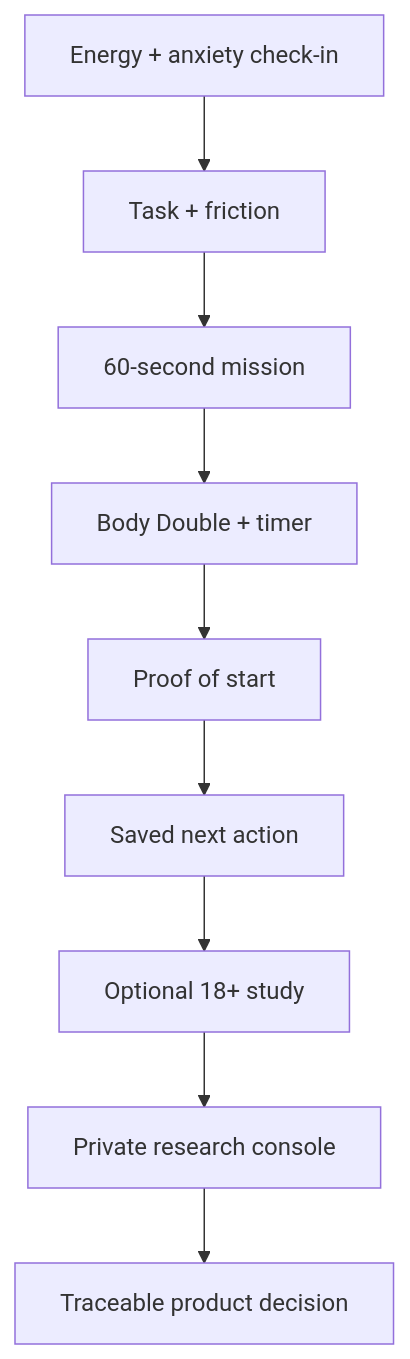
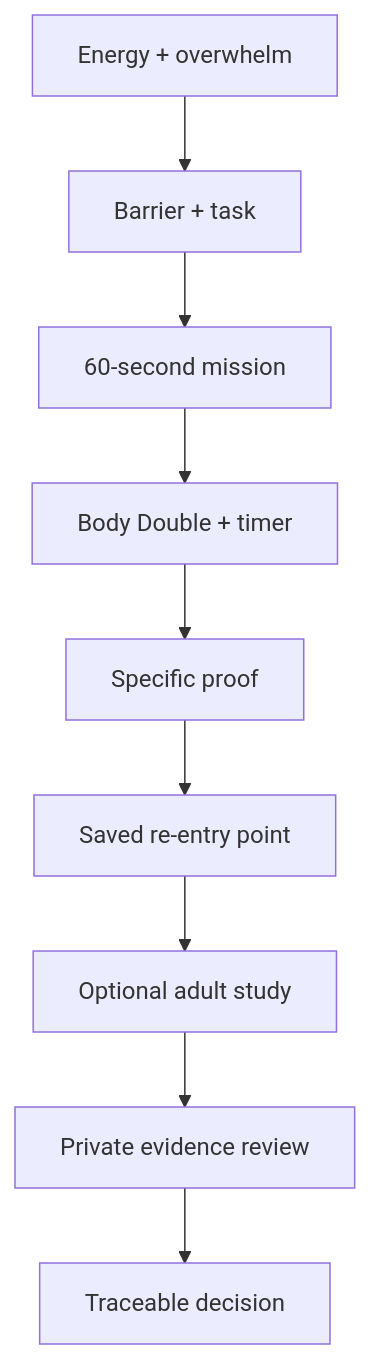
Before and after one commit to Cyberchopin/startnow-2: the first of 2 diagrams in README.md, drawn with Mermaid. The commit also changed other lines of this file, not shown here.

````diff
--- a/README.md
+++ b/README.md
@@ -41,11 +68,11 @@
 ```mermaid
 flowchart TD
-  A[Energy + anxiety check-in] --> B[Task + friction]
-  B --> C[60-second mission]
-  C --> D[Body Double + timer]
-  D --> E[Proof of start]
-  E --> F[Saved next action]
-  F --> G[Optional 18+ study]
-  G --> H[Private research console]
-  H --> I[Traceable product decision]
+  A["Energy + overwhelm"] --> B["Barrier + task"]
+  B --> C["60-second mission"]
+  C --> D["Body Double + timer"]
+  D --> E["Specific proof"]
+  E --> F["Saved re-entry point"]
+  F --> G["Optional adult study"]
+  G --> H["Private evidence review"]
+  H --> I["Traceable decision"]
 ```
````
